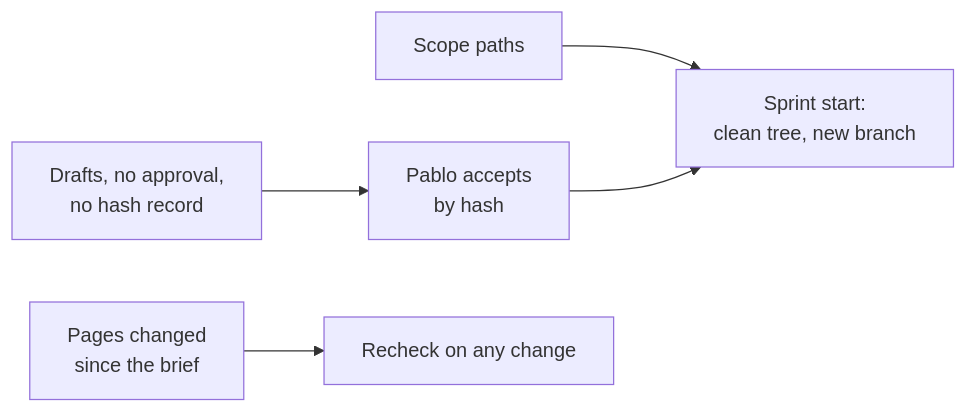
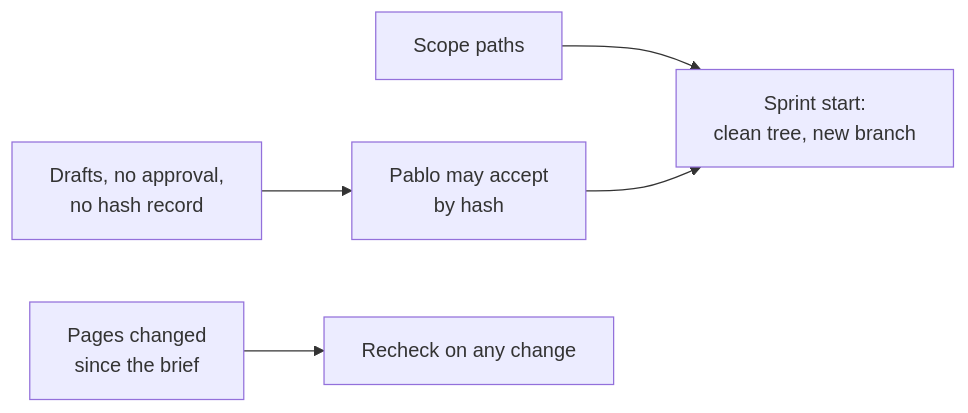
The diagram in docs/asdg/07-planning/03.16.3-sprint-004-scope-and-approvals.md (Elustondo-ai/alice.good.meetings), drawn with Mermaid before and after one commit. The commit also changed other lines of this file and 75 other files, not shown here.

````diff
--- a/docs/asdg/07-planning/03.16.3-sprint-004-scope-and-approvals.md
+++ b/docs/asdg/07-planning/03.16.3-sprint-004-scope-and-approvals.md
@@ -5,7 +5,7 @@
 ```mermaid
 flowchart LR
     S["Scope paths"] --> G["Sprint start:<br/>clean tree, new branch"]
-    D["Drafts, no approval,<br/>no hash record"] --> A["Pablo accepts<br/>by hash"]
+    D["Drafts, no approval,<br/>no hash record"] --> A["Pablo may accept<br/>by hash"]
     A --> G
     F["Pages changed<br/>since the brief"] --> R["Recheck on any change"]
 ```
````
